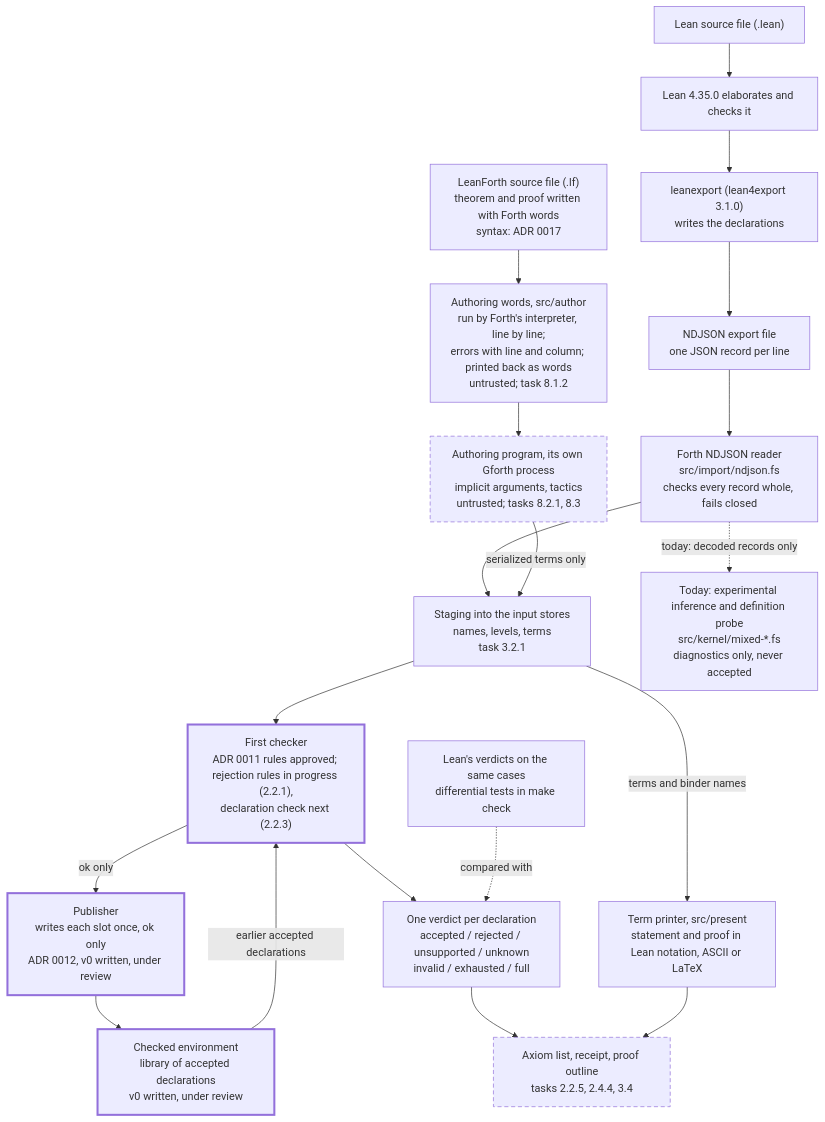
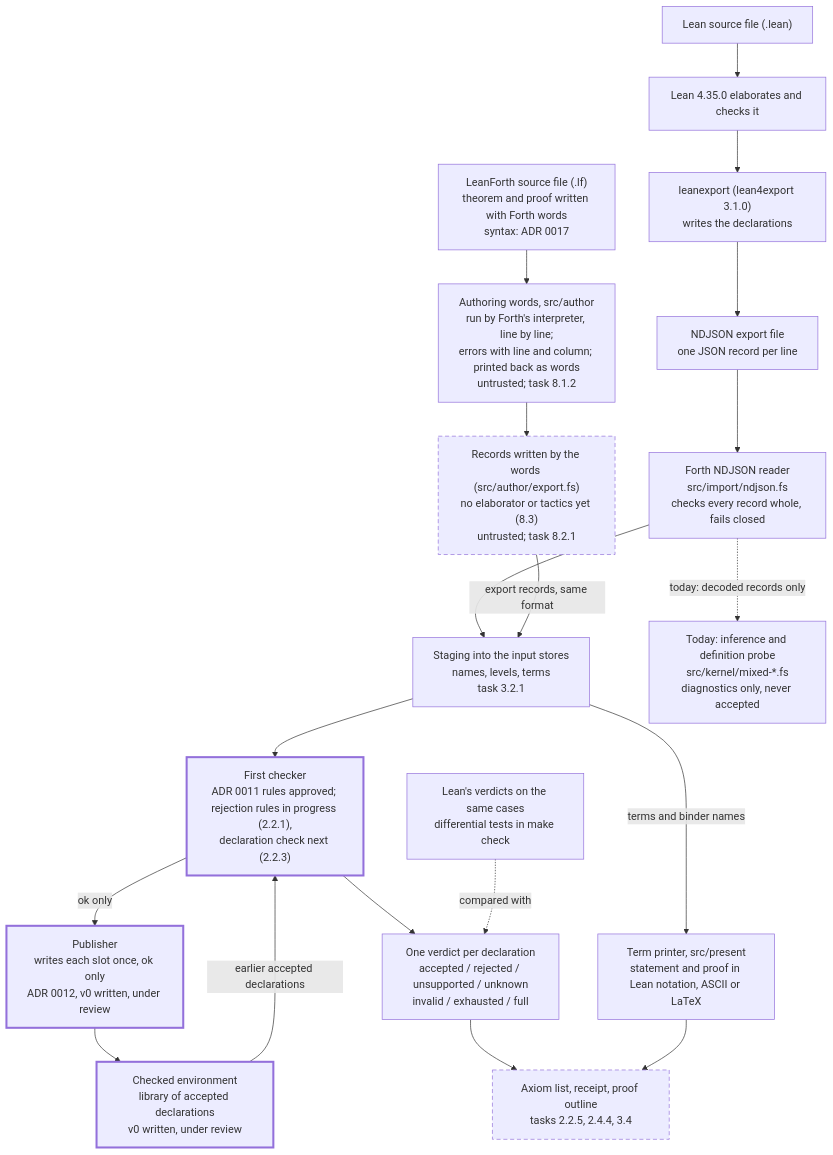
Before and after one commit to pmilford/LeanForth: the first of 2 diagrams in docs/user/WORKFLOWS.md, drawn with Mermaid. The commit also changed other lines of this file and 7 other files, not shown here.

````diff
--- a/docs/user/WORKFLOWS.md
+++ b/docs/user/WORKFLOWS.md
@@ -34,38 +32,38 @@
 ```mermaid
 flowchart TD
   src["Lean source file (.lean)"]
   lfsrc["LeanForth source file (.lf)<br/>theorem and proof written with Forth words<br/>syntax: ADR 0017"]
   author["Authoring words, src/author<br/>run by Forth's interpreter, line by line;<br/>errors with line and column; printed back as words<br/>untrusted; task 8.1.2"]
-  proc["Authoring program, its own Gforth process<br/>implicit arguments, tactics<br/>untrusted; tasks 8.2.1, 8.3"]
+  proc["Records written by the words (src/author/export.fs)<br/>no elaborator or tactics yet (8.3)<br/>untrusted; task 8.2.1"]
   lean["Lean 4.35.0 elaborates and checks it"]
   exp["leanexport (lean4export 3.1.0)<br/>writes the declarations"]
   nd["NDJSON export file<br/>one JSON record per line"]
   rd["Forth NDJSON reader<br/>src/import/ndjson.fs<br/>checks every record whole, fails closed"]
   stage["Staging into the input stores<br/>names, levels, terms<br/>task 3.2.1"]
-  probe["Today: experimental inference and definition probe<br/>src/kernel/mixed-*.fs<br/>diagnostics only, never accepted"]
+  probe["Today: inference and definition probe<br/>src/kernel/mixed-*.fs<br/>diagnostics only, never accepted"]
   chk["First checker<br/>ADR 0011 rules approved; rejection rules in progress (2.2.1),<br/>declaration check next (2.2.3)"]
   pub["Publisher<br/>writes each slot once, ok only<br/>ADR 0012, v0 written, under review"]
   env["Checked environment<br/>library of accepted declarations<br/>v0 written, under review"]
   out["One verdict per declaration<br/>accepted / rejected / unsupported / unknown<br/>invalid / exhausted / full"]
   print["Term printer, src/present<br/>statement and proof in Lean notation, ASCII or LaTeX"]
   more["Axiom list, receipt, proof outline<br/>tasks 2.2.5, 2.4.4, 3.4"]
   ref["Lean's verdicts on the same cases<br/>differential tests in make check"]
 
   src --> lean --> exp --> nd --> rd
   lfsrc --> author --> proc
   rd --> stage
-  proc -- "serialized terms only" --> stage
+  proc -- "export records, same format" --> stage
   stage --> chk
   chk -- "ok only" --> pub --> env
   env -- "earlier accepted declarations" --> chk
   chk --> out --> more
   stage -- "terms and binder names" --> print
   print --> more
   rd -. "today: decoded records only" .-> probe
   ref -. "compared with" .-> out
 
   classDef planned stroke-dasharray: 6 4
   classDef gate stroke-width: 3px
   class more,proc planned
   class chk,pub,env gate
 ```
````
